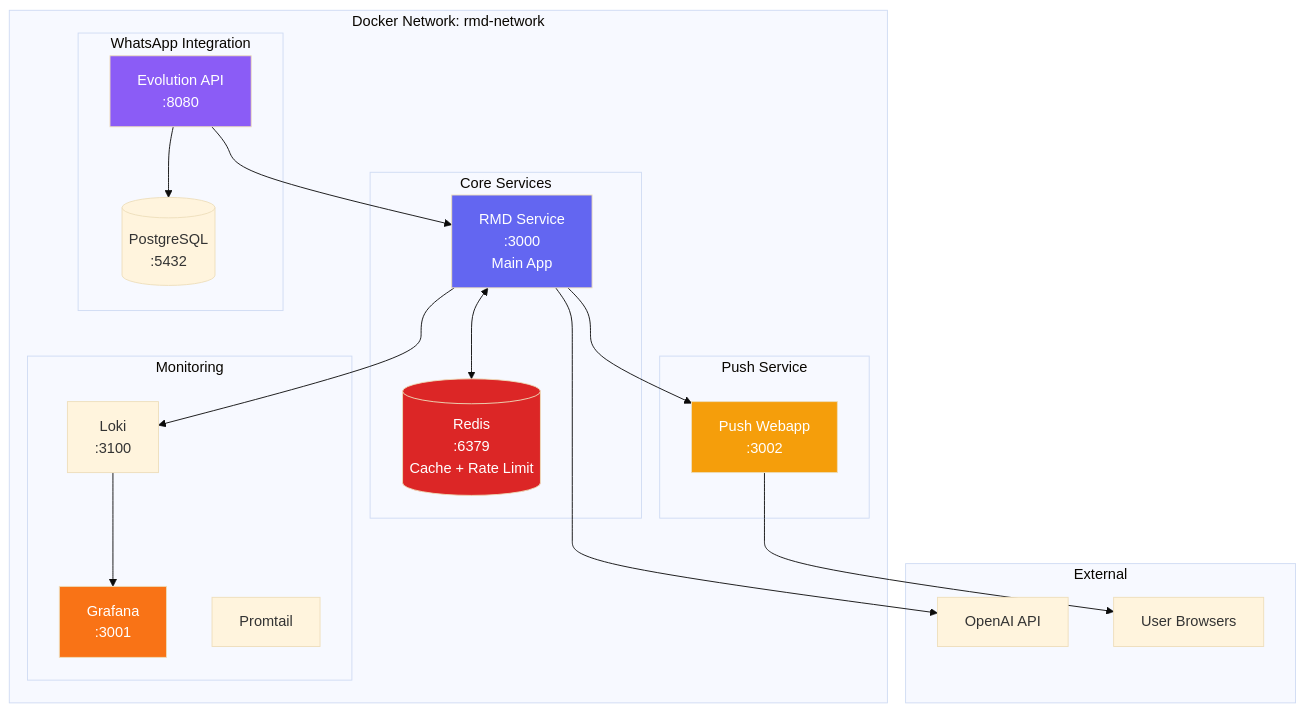
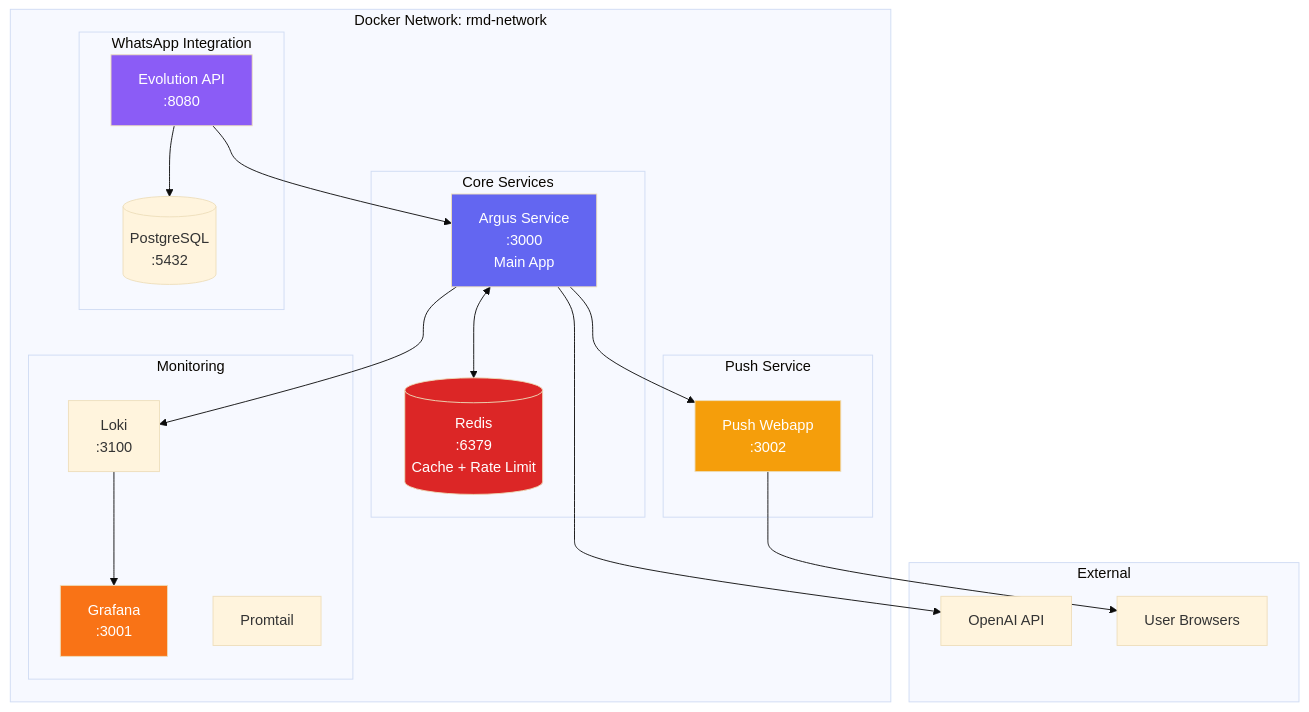
Before and after one commit to nityam2007/whatsapp-chat-rmd: the eighth of 10 diagrams in docs/ARCHITECTURE.md, drawn with Mermaid (base theme). The commit also changed other lines of this file and 15 other files, not shown here.

First line of the commit message:
feat: rebrand to Argus + export architecture diagrams

````diff
--- a/docs/ARCHITECTURE.md
+++ b/docs/ARCHITECTURE.md
@@ -518,44 +518,44 @@
 ```mermaid
 graph TB
     subgraph "Docker Network: rmd-network"
         subgraph "Core Services"
-            RMD[RMD Service<br/>:3000<br/>Main App]
+            ARGUS[Argus Service<br/>:3000<br/>Main App]
             REDIS[(Redis<br/>:6379<br/>Cache + Rate Limit)]
         end
 
         subgraph "WhatsApp Integration"
             EVO[Evolution API<br/>:8080]
             PG[(PostgreSQL<br/>:5432)]
         end
 
         subgraph "Monitoring"
             GRAFANA[Grafana<br/>:3001]
             LOKI[Loki<br/>:3100]
             PROMTAIL[Promtail]
         end
 
         subgraph "Push Service"
             PUSH[Push Webapp<br/>:3002]
         end
     end
 
     subgraph "External"
         OPENAI[OpenAI API]
         BROWSERS[User Browsers]
     end
 
-    EVO --> RMD
-    RMD <--> REDIS
-    RMD --> OPENAI
-    RMD --> LOKI
+    EVO --> ARGUS
+    ARGUS <--> REDIS
+    ARGUS --> OPENAI
+    ARGUS --> LOKI
     LOKI --> GRAFANA
-    RMD --> PUSH
+    ARGUS --> PUSH
     PUSH --> BROWSERS
     EVO --> PG
 
-    style RMD fill:#6366f1,color:#fff
+    style ARGUS fill:#6366f1,color:#fff
     style REDIS fill:#dc2626,color:#fff
     style EVO fill:#8b5cf6,color:#fff
     style PUSH fill:#f59e0b,color:#fff
     style GRAFANA fill:#f97316,color:#fff
 ```
````
